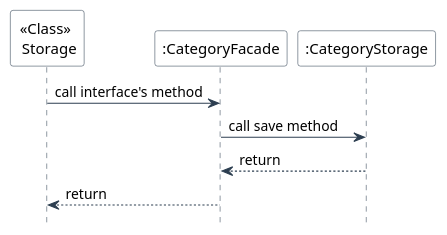
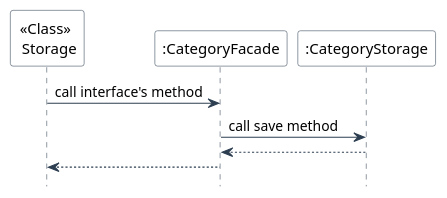
Before and after one commit to nus-cs2113-AY2425S1/tp: the diagram in docs/diagrams/plantuml/CategoryFacade Save SequenceUML.puml, drawn with PlantUML. The commit also changed 11 other files, not shown here.

Commit message:
Simplify sequence diagram

```diff
--- a/docs/diagrams/plantuml/CategoryFacade Save SequenceUML.puml
+++ b/docs/diagrams/plantuml/CategoryFacade Save SequenceUML.puml
@@ -1,20 +1,20 @@
 @startuml
 skinparam backgroundColor #FFFFFF
 skinparam sequence {
     ArrowColor #2C3E50
     LifeLineBorderColor #2C3E50
     ParticipantBorderColor #2C3E50
     ParticipantBackgroundColor #FFFFFF
 }
 hide footbox
 
 participant "<<Class>> \n Storage" as S
 participant ":CategoryFacade" as CF
 participant ":CategoryStorage" as CS
 
 S -> CF: call interface's method
 CF -> CS: call save method
-CS --> CF: return
-CF --> S: return
+CS --> CF:
+CF --> S:
 
 @enduml
```
